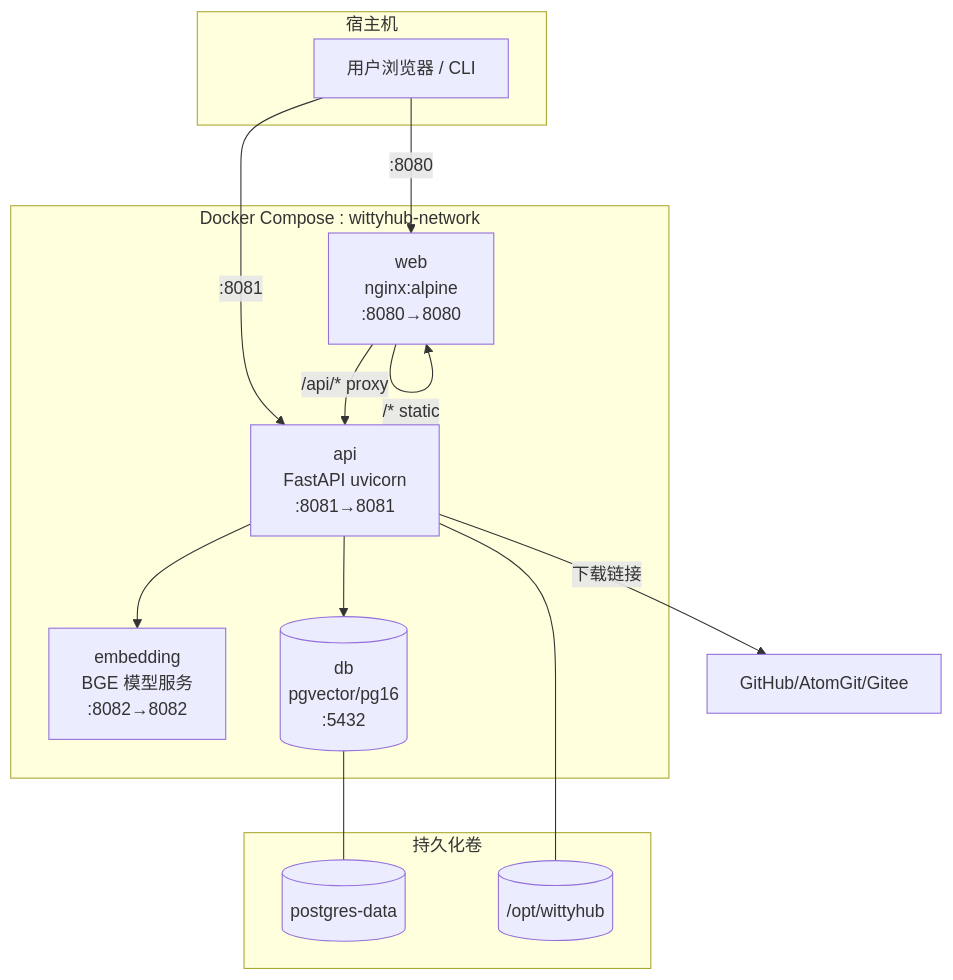
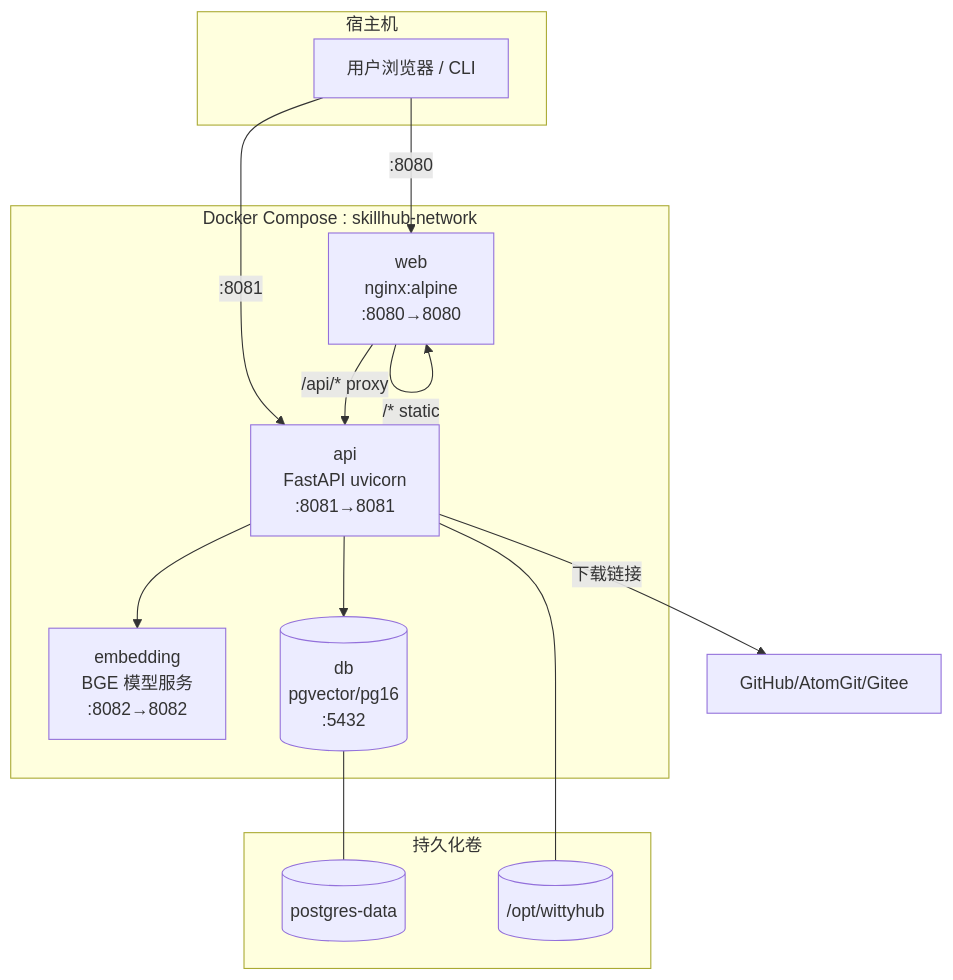
One commit to openeuler-mirror/skillhub changed the fifth of 9 diagrams in doc/design/wittyhub-implementation-plan.md. Above: the diagram before and after it, drawn with Mermaid. The commit also changed other lines of this file and 26 other files, not shown here.

First line of the commit message:
chore: 将项目从 wittyhub 更名为 skillhub

````diff
--- a/doc/design/wittyhub-implementation-plan.md
+++ b/doc/design/wittyhub-implementation-plan.md
@@ -476,29 +476,29 @@
 ```mermaid
 graph TB
     subgraph 宿主机
         U[用户浏览器 / CLI]
     end
 
-    subgraph Docker Compose : wittyhub-network
+    subgraph Docker Compose : skillhub-network
         NG[web<br/>nginx:alpine<br/>:8080→8080]
         API[api<br/>FastAPI uvicorn<br/>:8081→8081]
         EMB[embedding<br/>BGE 模型服务<br/>:8082→8082]
         DB[(db<br/>pgvector/pg16<br/>:5432)]
     end
 
     U -->|:8080| NG
     U -->|:8081| API
     NG -->|/api/* proxy| API
     NG -->|/* static| NG
     API --> DB
     API --> EMB
     API -->|下载链接| EXT[GitHub/AtomGit/Gitee]
 
     subgraph 持久化卷
         V1[(postgres-data)]
         V2[(/opt/wittyhub)]
     end
 
     DB --- V1
     API --- V2
 ```
````
